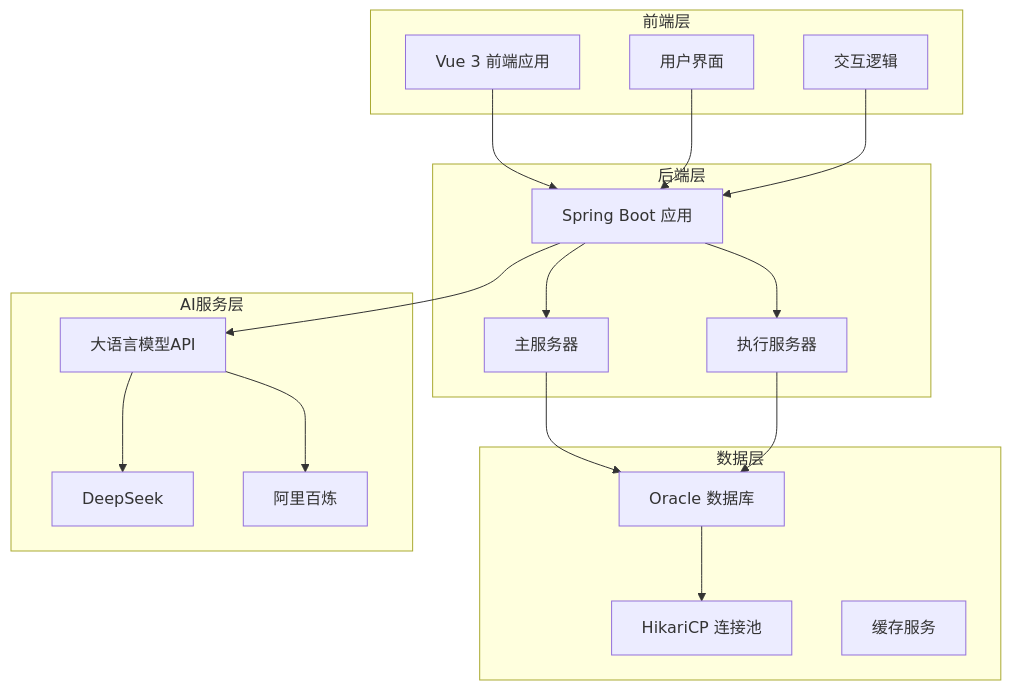
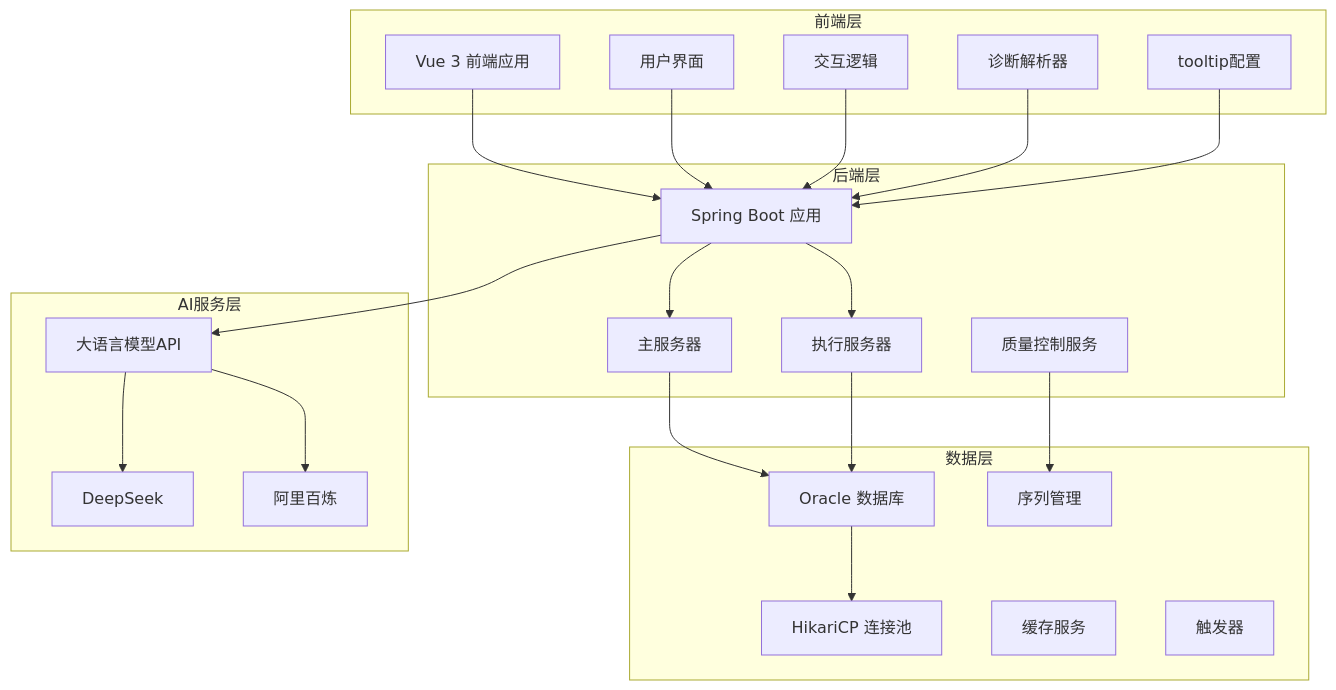
One commit to liuzh2008/med_ai_assistant_workspace changed the fourth of 19 diagrams in .qoder/repowiki/zh/content/Update Summary/Update Summary.md. Above: the diagram before and after it, drawn with Mermaid. The commit also changed other lines of this file and 5 other files, not shown here.

````diff
--- a/.qoder/repowiki/zh/content/Update Summary/Update Summary.md
+++ b/.qoder/repowiki/zh/content/Update Summary/Update Summary.md
@@ -221,34 +180,42 @@
 ```mermaid
 graph TB
 subgraph "前端层"
 A[Vue 3 前端应用]
 B[用户界面]
 C[交互逻辑]
+D[诊断解析器]
+E[tooltip配置]
 end
 subgraph "后端层"
-D[Spring Boot 应用]
-E[主服务器]
-F[执行服务器]
+F[Spring Boot 应用]
+G[主服务器]
+H[执行服务器]
+I[质量控制服务]
 end
 subgraph "数据层"
-G[Oracle 数据库]
-H[HikariCP 连接池]
-I[缓存服务]
+K[Oracle 数据库]
+L[HikariCP 连接池]
+M[缓存服务]
+N[序列管理]
+O[触发器]
 end
 subgraph "AI服务层"
-J[大语言模型API]
-K[DeepSeek]
-L[阿里百炼]
+P[大语言模型API]
+Q[DeepSeek]
+R[阿里百炼]
 end
-A --> D
-B --> D
-C --> D
-D --> E
+A --> F
+B --> F
+C --> F
 D --> F
-E --> G
+E --> F
 F --> G
-G --> H
-D --> J
-J --> K
-J --> L
+F --> H
+G --> K
+H --> K
+K --> L
+F --> P
+P --> Q
+P --> R
+I --> N
 ```
````
